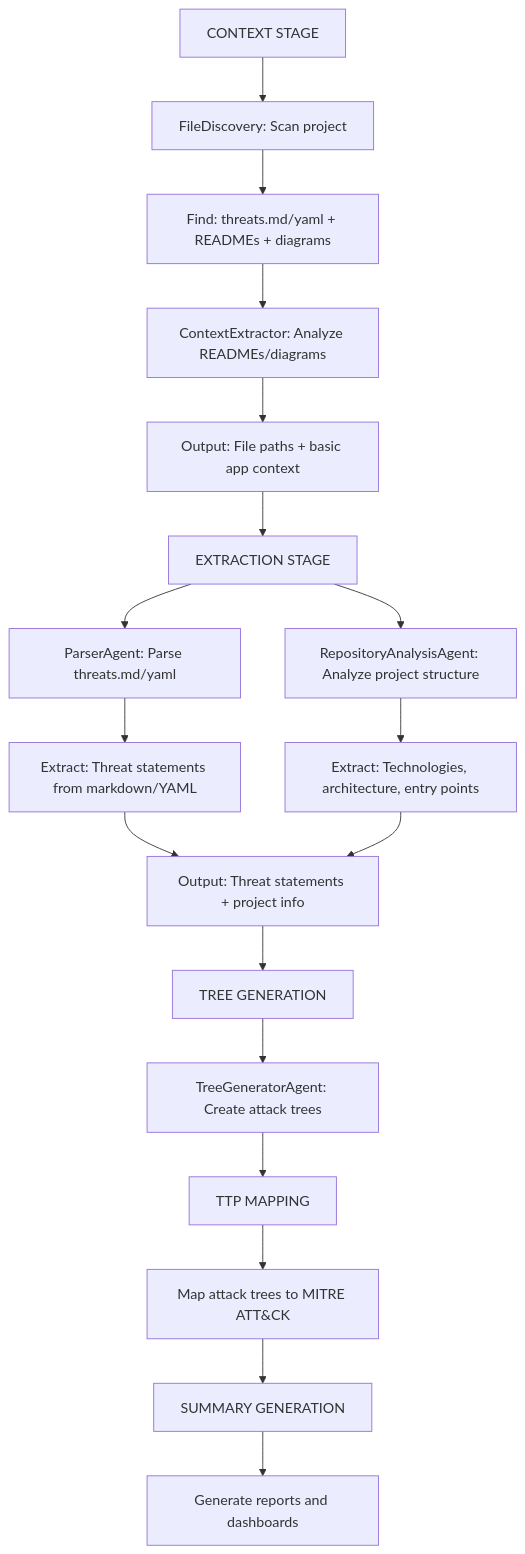
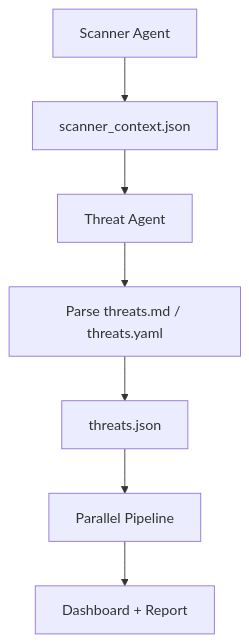
Before and after one commit to aws-samples/sample-agentic-attack-tree-generator: the second of 4 diagrams in docs/how-it-works/phases.md, drawn with Mermaid. The commit also changed other lines of this file and 21 other files, not shown here.

````diff
--- a/docs/how-it-works/phases.md
+++ b/docs/how-it-works/phases.md
@@ -45,24 +31,9 @@
 ```mermaid
 graph TD
-    A[CONTEXT STAGE] --> B[FileDiscovery: Scan project]
-    B --> C[Find: threats.md/yaml + READMEs + diagrams]
-    C --> D[ContextExtractor: Analyze READMEs/diagrams]
-    D --> E[Output: File paths + basic app context]
-    
-    E --> F[EXTRACTION STAGE]
-    F --> G[ParserAgent: Parse threats.md/yaml]
-    G --> H[Extract: Threat statements from markdown/YAML]
-    F --> I[RepositoryAnalysisAgent: Analyze project structure]
-    I --> J[Extract: Technologies, architecture, entry points]
-    H --> K[Output: Threat statements + project info]
-    J --> K
-    
-    K --> L[TREE GENERATION]
-    L --> M[TreeGeneratorAgent: Create attack trees]
-    
-    M --> N[TTP MAPPING]
-    N --> O[Map attack trees to MITRE ATT&CK]
-    
-    O --> P[SUMMARY GENERATION]
-    P --> Q[Generate reports and dashboards]
+    A[Scanner Agent] --> B[scanner_context.json]
+    B --> C[Threat Agent]
+    C --> D[Parse threats.md / threats.yaml]
+    D --> E[threats.json]
+    E --> F[Parallel Pipeline]
+    F --> G[Dashboard + Report]
 ```
````
